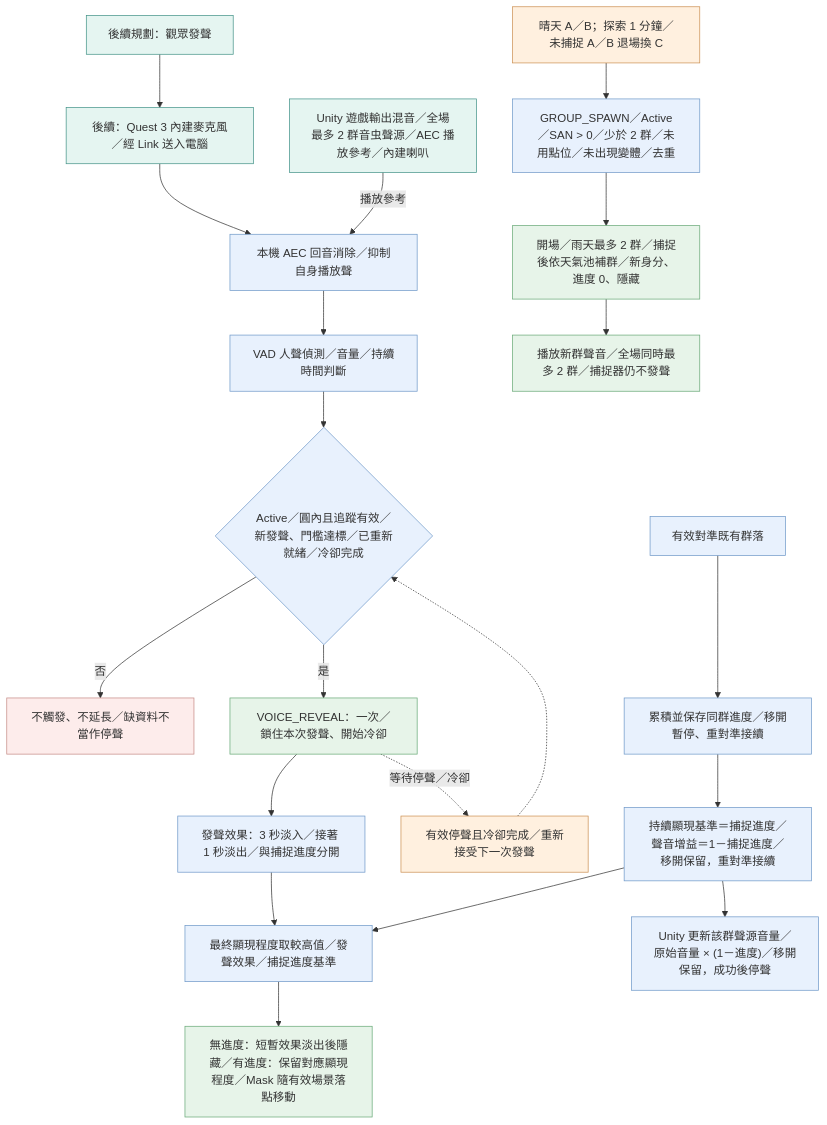
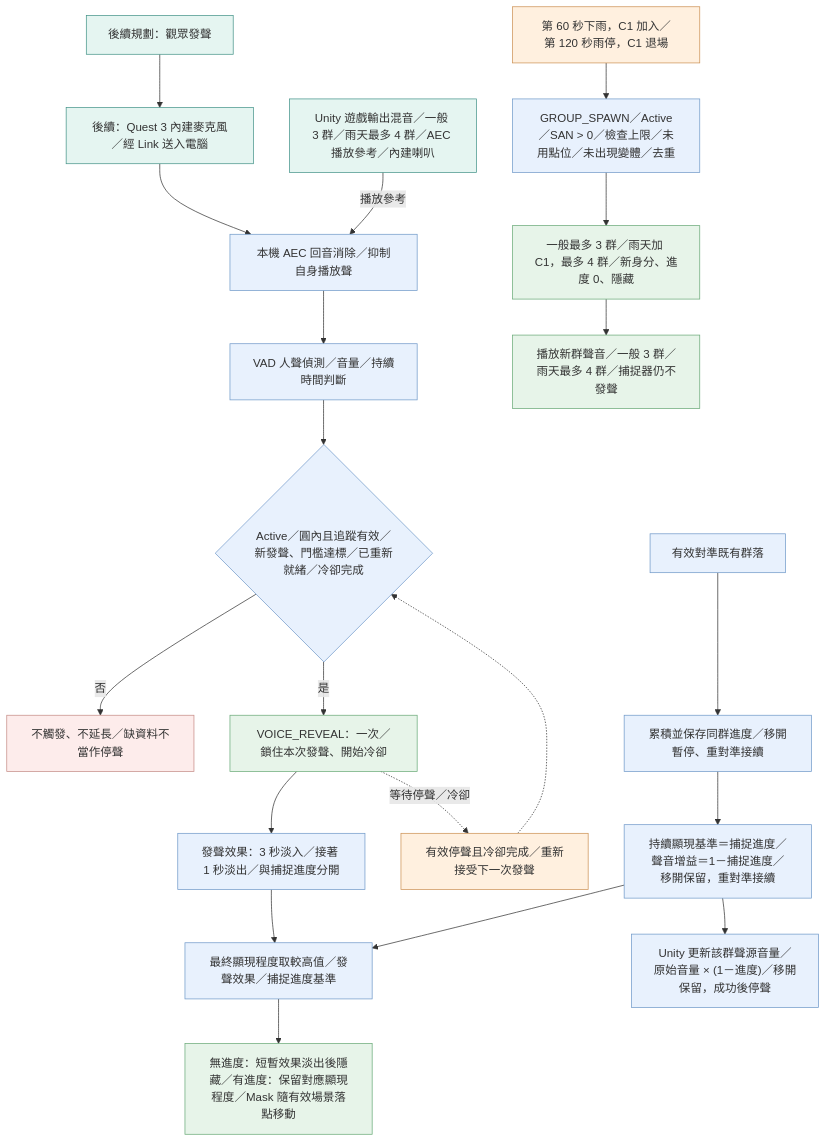
One commit to fengyenchia/dctProject changed the diagram in docs/docs_vr/assets/技術流程圖/03.mmd. Above: the diagram before and after it, drawn with Mermaid. The commit also changed 56 other files, not shown here.

```diff
--- a/docs/docs_vr/assets/技術流程圖/03.mmd
+++ b/docs/docs_vr/assets/技術流程圖/03.mmd
@@ -1,60 +1,60 @@
 flowchart TD
   voice["後續規劃：觀眾發聲"]
   mic["後續：Quest 3 內建麥克風／經 Link 送入電腦"]
   aec["本機 AEC 回音消除／抑制自身播放聲"]
   vad["VAD 人聲偵測／音量／持續時間判斷"]
   gate{"Active／圓內且追蹤有效／新發聲、門檻達標／已重新就緒／冷卻完成"}
   skip["不觸發、不延長／缺資料不當作停聲"]
   accepted["VOICE_REVEAL：一次／鎖住本次發聲、開始冷卻"]
   voiceFx["發聲效果：3 秒淡入／接著 1 秒淡出／與捕捉進度分開"]
   rearm["有效停聲且冷卻完成／重新接受下一次發聲"]
-  reference["Unity 遊戲輸出混音／全場最多 2 群音虫聲源／AEC 播放參考／內建喇叭"]
+  reference["Unity 遊戲輸出混音／一般 3 群／雨天最多 4 群／AEC 播放參考／內建喇叭"]
   aim["有效對準既有群落"]
   saved["累積並保存同群進度／移開暫停、重對準接續"]
   baseline["持續顯現基準＝捕捉進度／聲音增益＝1－捕捉進度／移開保留，重對準接續"]
   combine["最終顯現程度取較高值／發聲效果／捕捉進度基準"]
   appearance["無進度：短暫效果淡出後隱藏／有進度：保留對應顯現程度／Mask 隨有效場景落點移動"]
-  story["晴天 A／B；探索 1 分鐘／未捕捉 A／B 退場換 C"]
-  validStory["GROUP_SPAWN／Active／SAN > 0／少於 2 群／未用點位／未出現變體／去重"]
-  newGroup["開場／雨天最多 2 群／捕捉後依天氣池補群／新身分、進度 0、隱藏"]
-  newAudio["播放新群聲音／全場同時最多 2 群／捕捉器仍不發聲"]
+  story["第 60 秒下雨，C1 加入／第 120 秒雨停，C1 退場"]
+  validStory["GROUP_SPAWN／Active／SAN > 0／檢查上限／未用點位／未出現變體／去重"]
+  newGroup["一般最多 3 群／雨天加 C1，最多 4 群／新身分、進度 0、隱藏"]
+  newAudio["播放新群聲音／一般 3 群／雨天最多 4 群／捕捉器仍不發聲"]
   captureAudio["Unity 更新該群聲源音量／原始音量 × (1－進度)／移開保留，成功後停聲"]
   voice --> mic
   mic --> aec
   reference -->|"播放參考"| aec
   aec --> vad
   vad --> gate
   gate -->|"否"| skip
   gate -->|"是"| accepted
   accepted --> voiceFx
   accepted -.->|"等待停聲／冷卻"| rearm
   rearm -.-> gate
   aim --> saved
   saved --> baseline
   baseline --> combine
   voiceFx --> combine
   combine --> appearance
   story --> validStory
   validStory --> newGroup
   newGroup --> newAudio
   baseline --> captureAudio
   style voice fill:#e5f5f1,stroke:#459489
   style mic fill:#e5f5f1,stroke:#459489
   style aec fill:#e8f1fd,stroke:#7099c9
   style vad fill:#e8f1fd,stroke:#7099c9
   style gate fill:#e8f1fd,stroke:#7099c9
   style skip fill:#fdeceb,stroke:#c58b86
   style accepted fill:#e7f4e9,stroke:#69a977
   style voiceFx fill:#e8f1fd,stroke:#7099c9
   style rearm fill:#fff0df,stroke:#cc9154
   style reference fill:#e5f5f1,stroke:#459489
   style aim fill:#e8f1fd,stroke:#7099c9
   style saved fill:#e8f1fd,stroke:#7099c9
   style baseline fill:#e8f1fd,stroke:#7099c9
   style combine fill:#e8f1fd,stroke:#7099c9
   style appearance fill:#e7f4e9,stroke:#69a977
   style story fill:#fff0df,stroke:#cc9154
   style validStory fill:#e8f1fd,stroke:#7099c9
   style newGroup fill:#e7f4e9,stroke:#69a977
   style newAudio fill:#e7f4e9,stroke:#69a977
   style captureAudio fill:#e8f1fd,stroke:#7099c9
```
